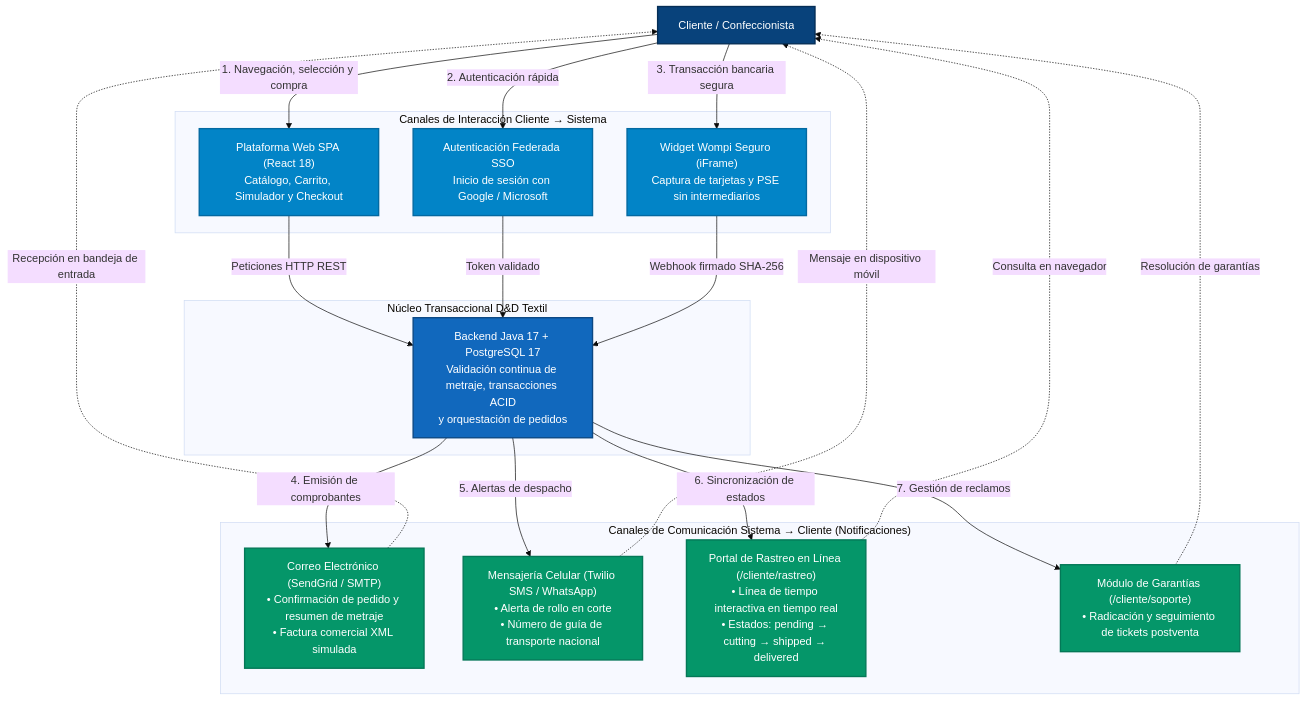
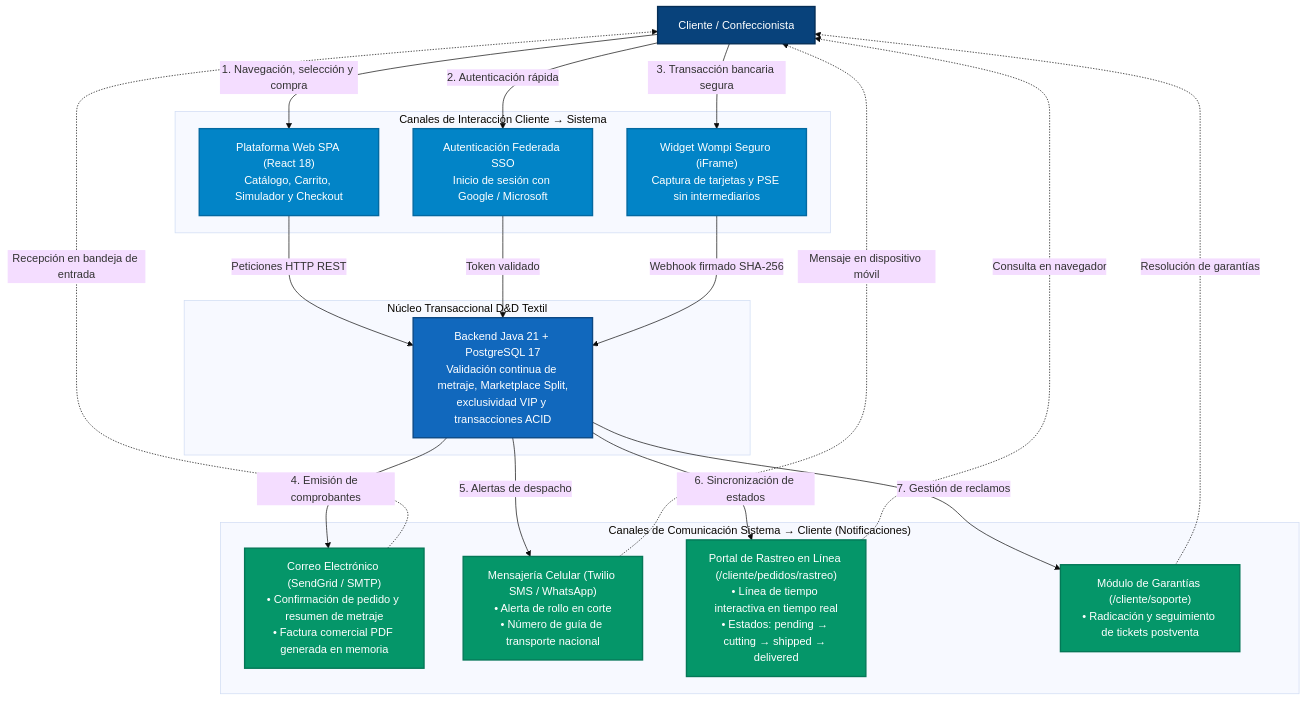
The fifth of 7 diagrams in documentacion/02-arquitectura-software-c4-y-backend.md (Jhonmoreno000/PROYECTO-SENA-TIENDA-TEXTIL-), drawn with Mermaid (base theme) before and after one commit. The commit also changed other lines of this file and 2 other files, not shown here.

Commit message:
docs(arquitectura): actualizar C4 backend Java 21, frontend 58 rutas y teoria del color

````diff
--- a/documentacion/02-arquitectura-software-c4-y-backend.md
+++ b/documentacion/02-arquitectura-software-c4-y-backend.md
@@ -357,44 +389,44 @@
 ```mermaid
 flowchart TD
     classDef clienteStyle fill:#08427B,stroke:#052e56,stroke-width:2px,color:#ffffff,font-family:sans-serif;
     classDef canalStyle fill:#0284c7,stroke:#0369a1,stroke-width:2px,color:#ffffff,font-family:sans-serif;
     classDef sistemaStyle fill:#1168BD,stroke:#0b4884,stroke-width:2px,color:#ffffff,font-family:sans-serif;
     classDef salidaStyle fill:#059669,stroke:#047857,stroke-width:2px,color:#ffffff,font-family:sans-serif;
 
     Cliente["Cliente / Confeccionista"]:::clienteStyle
 
     subgraph CanalesEntrada ["Canales de Interacción Cliente &rarr; Sistema"]
         CanalWeb["Plataforma Web SPA (React 18)<br/>Catálogo, Carrito, Simulador y Checkout"]:::canalStyle
         CanalSSO["Autenticación Federada SSO<br/>Inicio de sesión con Google / Microsoft"]:::canalStyle
         CanalWidget["Widget Wompi Seguro (iFrame)<br/>Captura de tarjetas y PSE sin intermediarios"]:::canalStyle
     end
 
     subgraph NucleoDAndD ["Núcleo Transaccional D&D Textil"]
-        BackendJava["Backend Java 17 + PostgreSQL 17<br/>Validación continua de metraje, transacciones ACID<br/>y orquestación de pedidos"]:::sistemaStyle
+        BackendJava["Backend Java 21 + PostgreSQL 17<br/>Validación continua de metraje, Marketplace Split,<br/>exclusividad VIP y transacciones ACID"]:::sistemaStyle
     end
 
     subgraph CanalesSalida ["Canales de Comunicación Sistema &rarr; Cliente (Notificaciones)"]
-        CanalEmail["Correo Electrónico (SendGrid / SMTP)<br/>• Confirmación de pedido y resumen de metraje<br/>• Factura comercial XML simulada"]:::salidaStyle
+        CanalEmail["Correo Electrónico (SendGrid / SMTP)<br/>• Confirmación de pedido y resumen de metraje<br/>• Factura comercial PDF generada en memoria"]:::salidaStyle
         CanalSMS["Mensajería Celular (Twilio SMS / WhatsApp)<br/>• Alerta de rollo en corte<br/>• Número de guía de transporte nacional"]:::salidaStyle
-        CanalTracking["Portal de Rastreo en Línea (/cliente/rastreo)<br/>• Línea de tiempo interactiva en tiempo real<br/>• Estados: pending &rarr; cutting &rarr; shipped &rarr; delivered"]:::salidaStyle
+        CanalTracking["Portal de Rastreo en Línea (/cliente/pedidos/rastreo)<br/>• Línea de tiempo interactiva en tiempo real<br/>• Estados: pending &rarr; cutting &rarr; shipped &rarr; delivered"]:::salidaStyle
         CanalSoporte["Módulo de Garantías (/cliente/soporte)<br/>• Radicación y seguimiento de tickets postventa"]:::salidaStyle
     end
 
     Cliente -->|"1. Navegación, selección y compra"| CanalWeb
     Cliente -->|"2. Autenticación rápida"| CanalSSO
     Cliente -->|"3. Transacción bancaria segura"| CanalWidget
 
     CanalWeb -->|"Peticiones HTTP REST"| BackendJava
     CanalSSO -->|"Token validado"| BackendJava
     CanalWidget -->|"Webhook firmado SHA-256"| BackendJava
 
     BackendJava -->|"4. Emisión de comprobantes"| CanalEmail
     BackendJava -->|"5. Alertas de despacho"| CanalSMS
     BackendJava -->|"6. Sincronización de estados"| CanalTracking
     BackendJava -->|"7. Gestión de reclamos"| CanalSoporte
 
     CanalEmail -.->|"Recepción en bandeja de entrada"| Cliente
     CanalSMS -.->|"Mensaje en dispositivo móvil"| Cliente
     CanalTracking -.->|"Consulta en navegador"| Cliente
     CanalSoporte -.->|"Resolución de garantías"| Cliente
 ```
````
